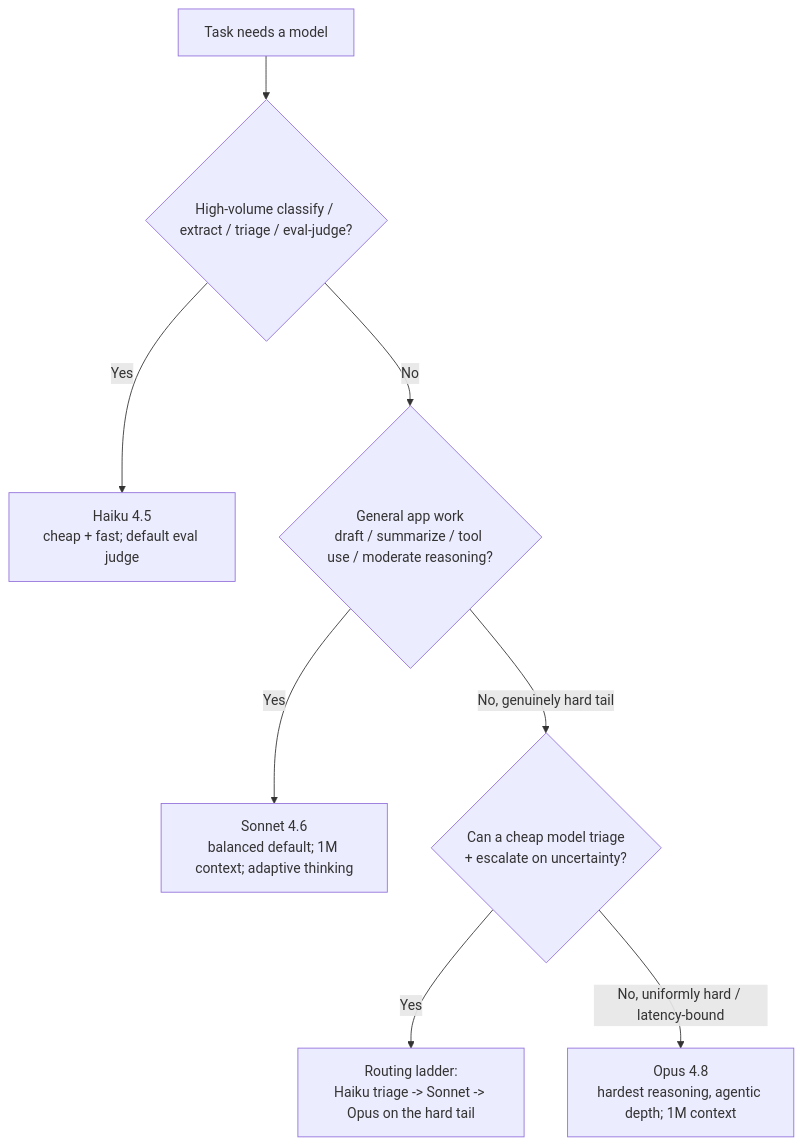
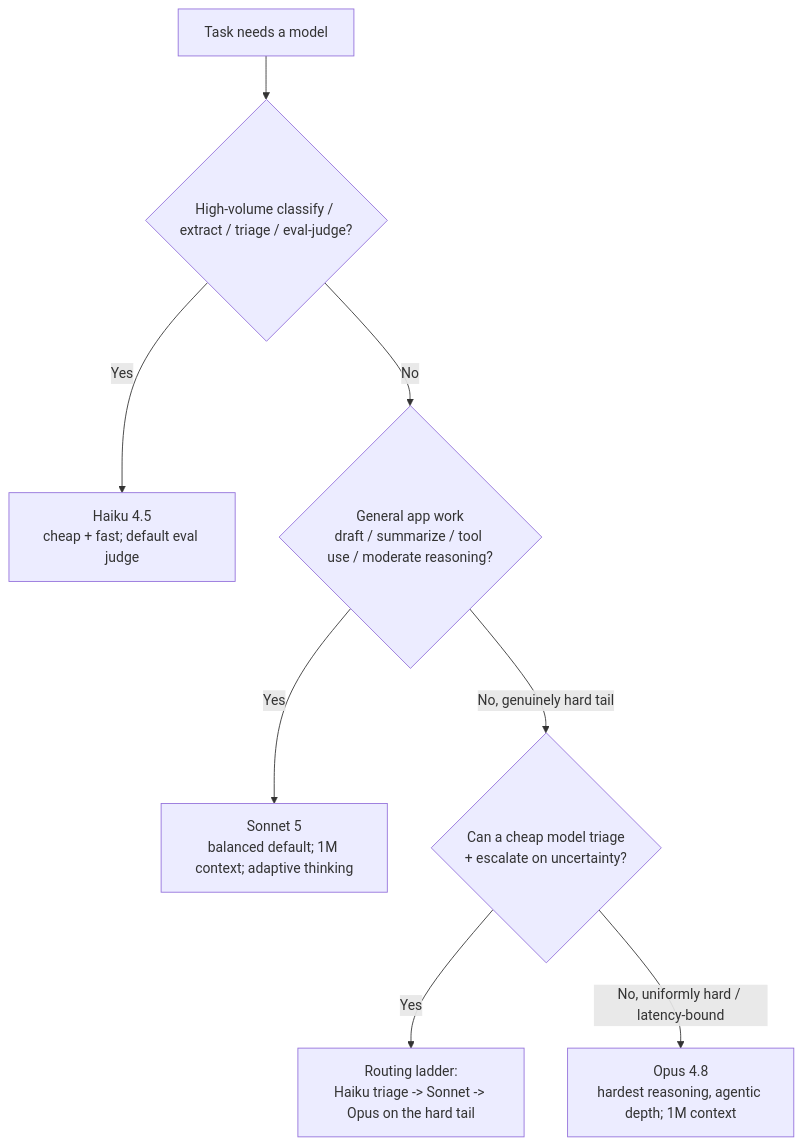
The first of 9 diagrams in plugins/claude-app-engineering/knowledge/claude-app-decision-trees.md (mcorbett51090/RavenClaude), drawn with Mermaid before and after one commit. The commit also changed other lines of this file and 14 other files, not shown here.

````diff
--- a/plugins/claude-app-engineering/knowledge/claude-app-decision-trees.md
+++ b/plugins/claude-app-engineering/knowledge/claude-app-decision-trees.md
@@ -18,10 +18,10 @@
 ```mermaid
 flowchart TD
     A[Task needs a model] --> V{High-volume classify / extract / triage / eval-judge?}
     V -->|Yes| HAIKU[Haiku 4.5<br/>cheap + fast; default eval judge]
     V -->|No| G{General app work<br/>draft / summarize / tool use / moderate reasoning?}
-    G -->|Yes| SONNET[Sonnet 4.6<br/>balanced default; 1M context; adaptive thinking]
+    G -->|Yes| SONNET[Sonnet 5<br/>balanced default; 1M context; adaptive thinking]
     G -->|No, genuinely hard tail| LADDER{Can a cheap model triage<br/>+ escalate on uncertainty?}
     LADDER -->|Yes| RUNG[Routing ladder:<br/>Haiku triage -> Sonnet -> Opus on the hard tail]
     LADDER -->|No, uniformly hard / latency-bound| OPUS[Opus 4.8<br/>hardest reasoning, agentic depth; 1M context]
 ```
````
